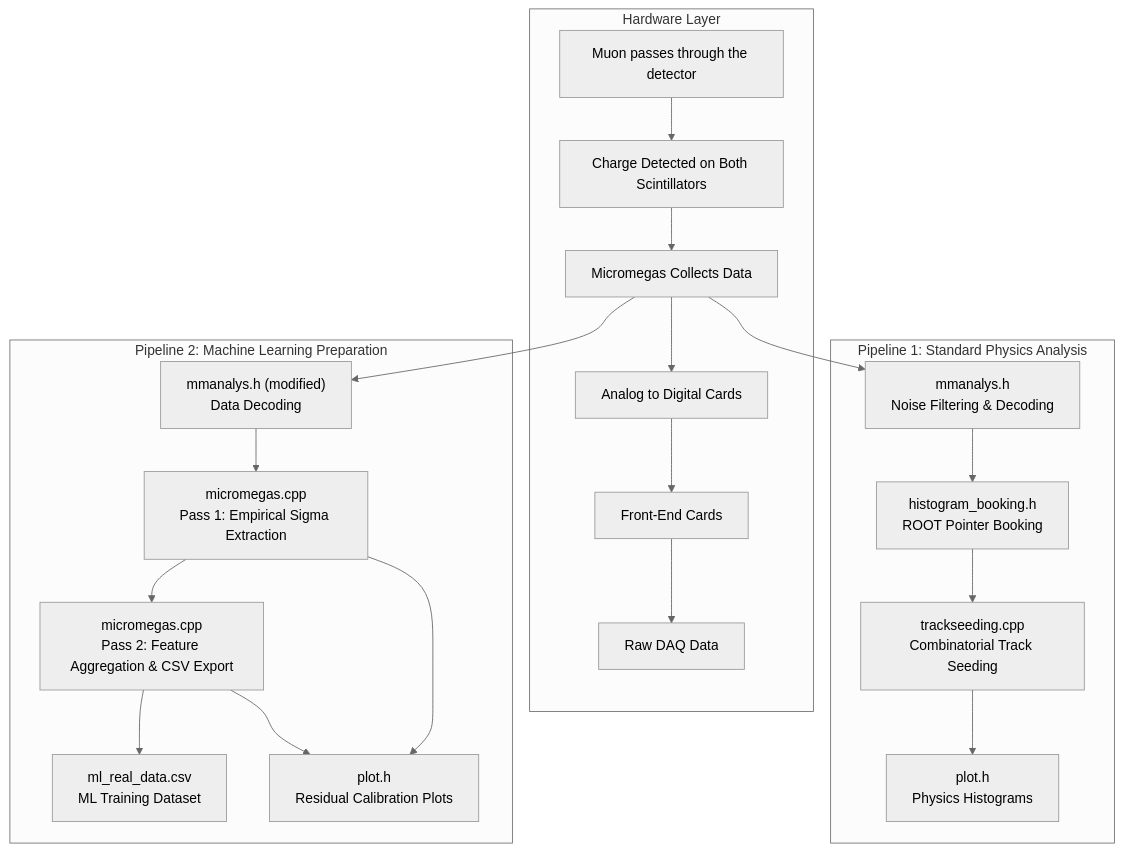
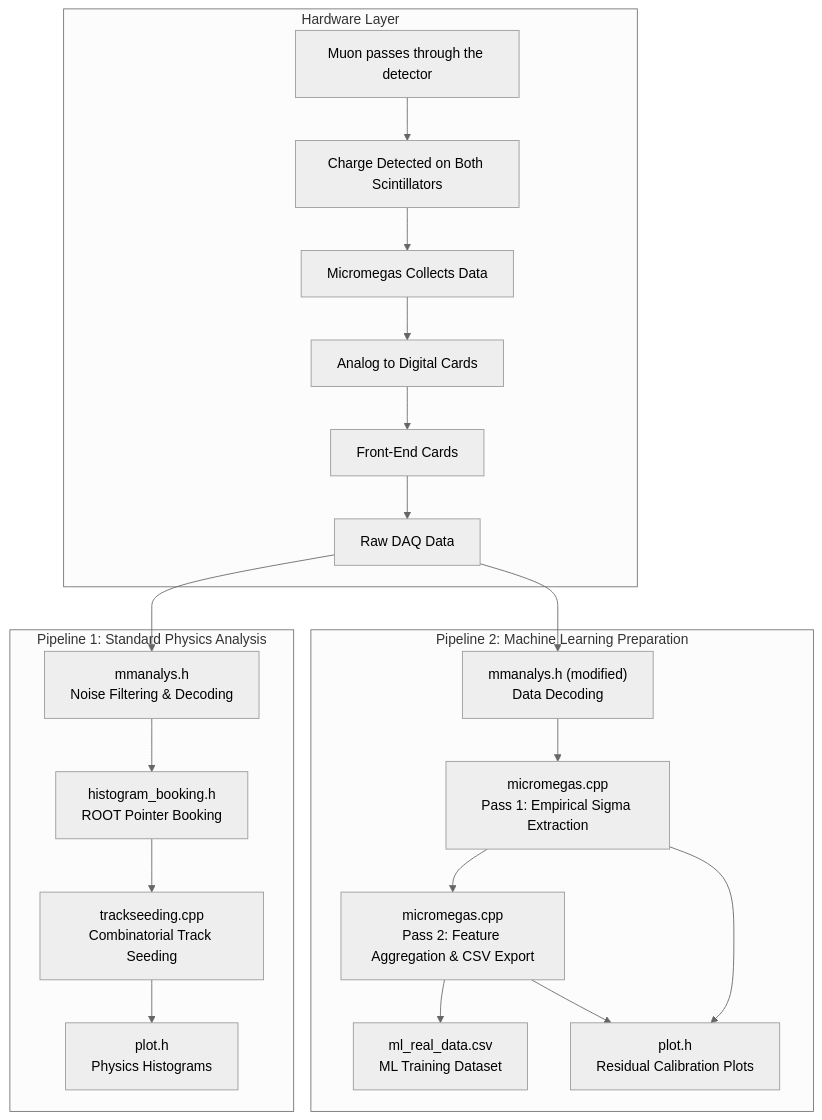
One commit to FotisVard/Readme changed the diagram in README.md. Above: the diagram before and after it, drawn with Mermaid (neutral theme).

Commit message:
Update data flow in README for pipelines

````diff
--- a/README.md
+++ b/README.md
@@ -94,27 +94,27 @@
 ```mermaid
 
 graph TD
     subgraph Hardware["Hardware Layer"]
         Muon["Muon passes through the detector"] --> Scintillator["Charge Detected on Both Scintillators"]
         Scintillator --> MM["Micromegas Collects Data"]
         MM --> ADC["Analog to Digital Cards"]
         ADC --> FEC["Front-End Cards"]
         FEC --> DAQ["Raw DAQ Data"]
     end
 
     subgraph Pipeline_1["Pipeline 1: Standard Physics Analysis"]
-        MM --> A["mmanalys.h<br>Noise Filtering & Decoding"]
+        DAQ --> A["mmanalys.h<br>Noise Filtering & Decoding"]
         A --> B["histogram_booking.h<br>ROOT Pointer Booking"]
         B --> C["trackseeding.cpp<br>Combinatorial Track Seeding"]
         C --> D["plot.h<br>Physics Histograms"]
     end
 
     subgraph Pipeline_2["Pipeline 2: Machine Learning Preparation"]
-        MM --> E["mmanalys.h (modified)<br>Data Decoding"]
+        DAQ --> E["mmanalys.h (modified)<br>Data Decoding"]
         E --> F["micromegas.cpp<br>Pass 1: Empirical Sigma Extraction"]
         F --> G["micromegas.cpp<br>Pass 2: Feature Aggregation & CSV Export"]
         G --> H["ml_real_data.csv<br>ML Training Dataset"]
         F --> I["plot.h<br>Residual Calibration Plots"]
         G --> I
     end
 ```
````
